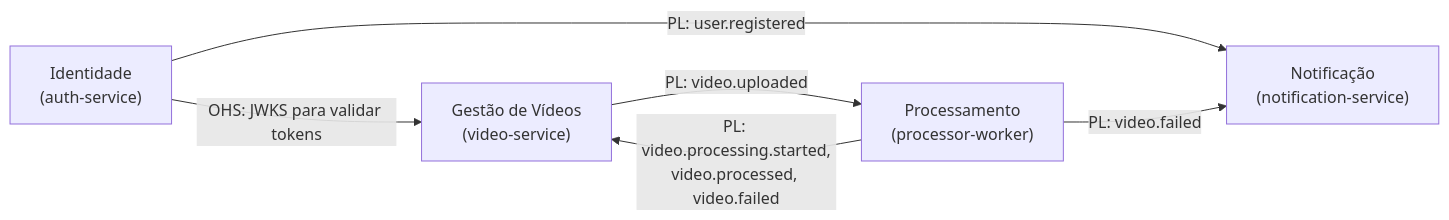
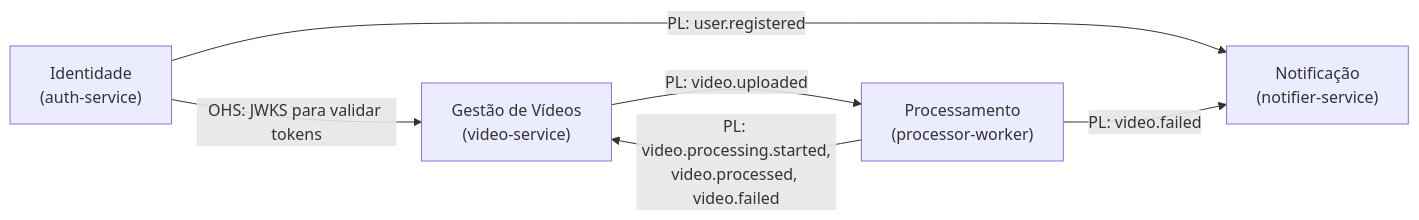
One commit to knzt/zipframes changed the first of 2 diagrams in docs/domain/dominio.md. Above: the diagram before and after it, drawn with Mermaid. The commit also changed other lines of this file and 124 other files, not shown here.

Commit message:
feat: add the notification-service microservice (#38)

````diff
--- a/docs/domain/dominio.md
+++ b/docs/domain/dominio.md
@@ -51,13 +51,13 @@
 ```mermaid
 flowchart LR
   ID["Identidade<br/>(auth-service)"]
   GV["Gestão de Vídeos<br/>(video-service)"]
   PR["Processamento<br/>(processor-worker)"]
-  NO["Notificação<br/>(notification-service)"]
+  NO["Notificação<br/>(notifier-service)"]
 
   ID -- "OHS: JWKS para validar tokens" --> GV
   ID -- "PL: user.registered" --> NO
   GV -- "PL: video.uploaded" --> PR
   PR -- "PL: video.processing.started,<br/>video.processed, video.failed" --> GV
   PR -- "PL: video.failed" --> NO
 ```
````
